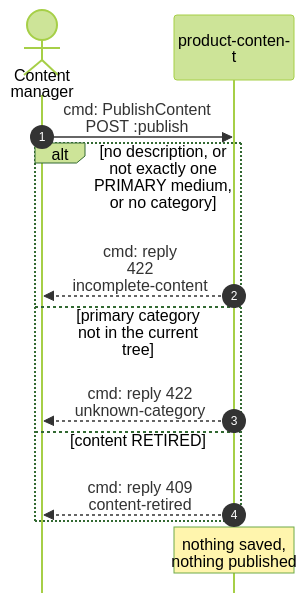
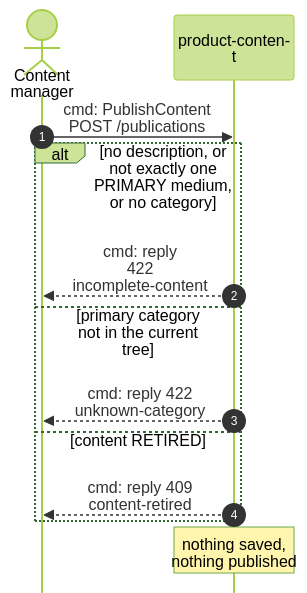
The second of 5 diagrams in storefront/docs/contexts/product-content/domain-message-flow.md (IQVO/warehouse-docs), drawn with Mermaid (forest theme) before and after one commit. The commit also changed other lines of this file and 10 other files, not shown here.

````diff
--- a/storefront/docs/contexts/product-content/domain-message-flow.md
+++ b/storefront/docs/contexts/product-content/domain-message-flow.md
@@ -56,16 +56,16 @@
 ```mermaid
 %%{init: {"sequence": {"wrap": true, "width": 120, "actorMargin": 24, "messageMargin": 28, "boxMargin": 6, "noteMargin": 6, "mirrorActors": false}}}%%
 sequenceDiagram
     autonumber
     actor CM as Content manager
     participant PC as product-content
-    CM->>PC: cmd: PublishContent<br/>POST :publish
+    CM->>PC: cmd: PublishContent<br/>POST /publications
     alt no description, or not exactly one PRIMARY medium, or no category
         PC-->>CM: cmd: reply 422<br/>incomplete-content
     else primary category not in the current tree
         PC-->>CM: cmd: reply 422<br/>unknown-category
     else content RETIRED
         PC-->>CM: cmd: reply 409<br/>content-retired
     end
     Note over PC: nothing saved,<br/>nothing published
 ```
````
